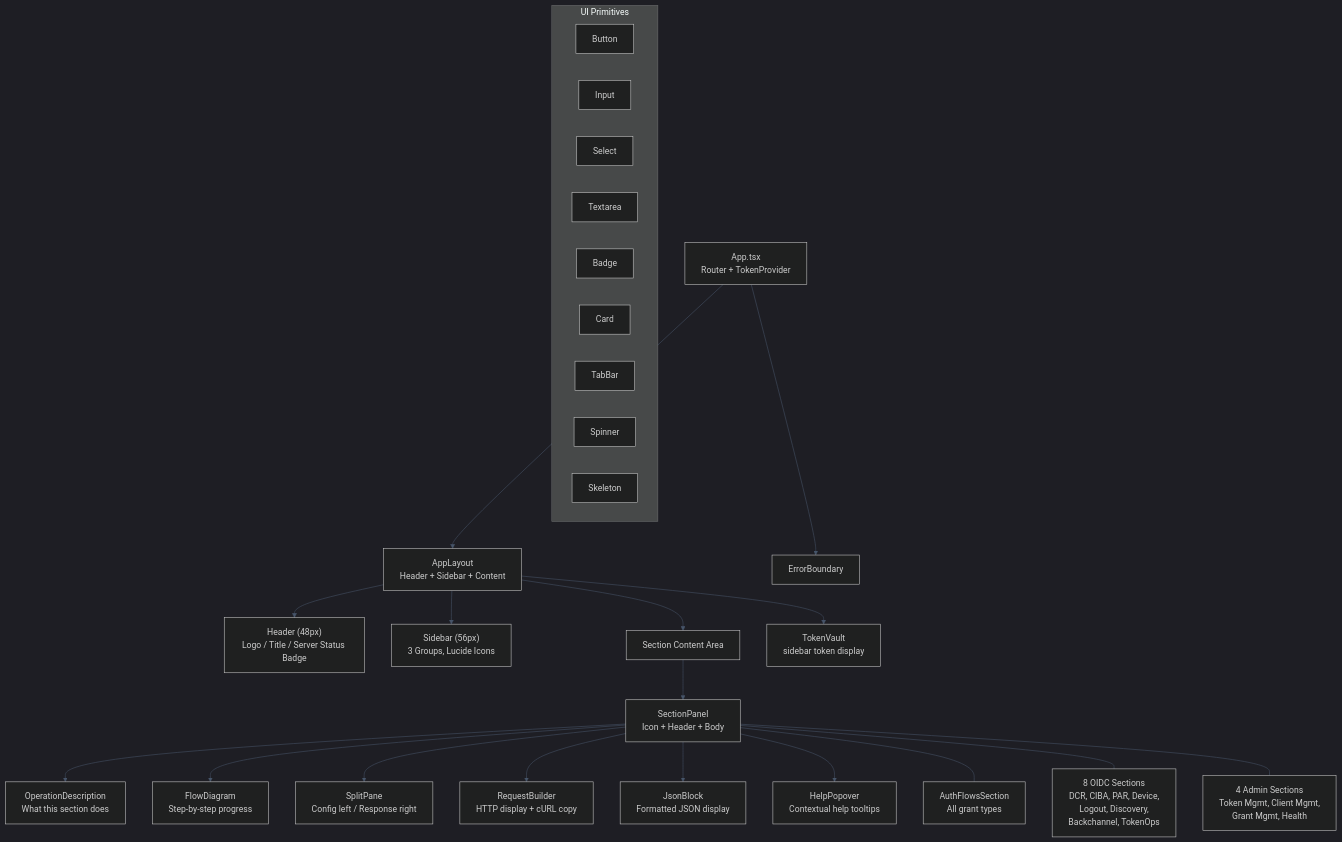
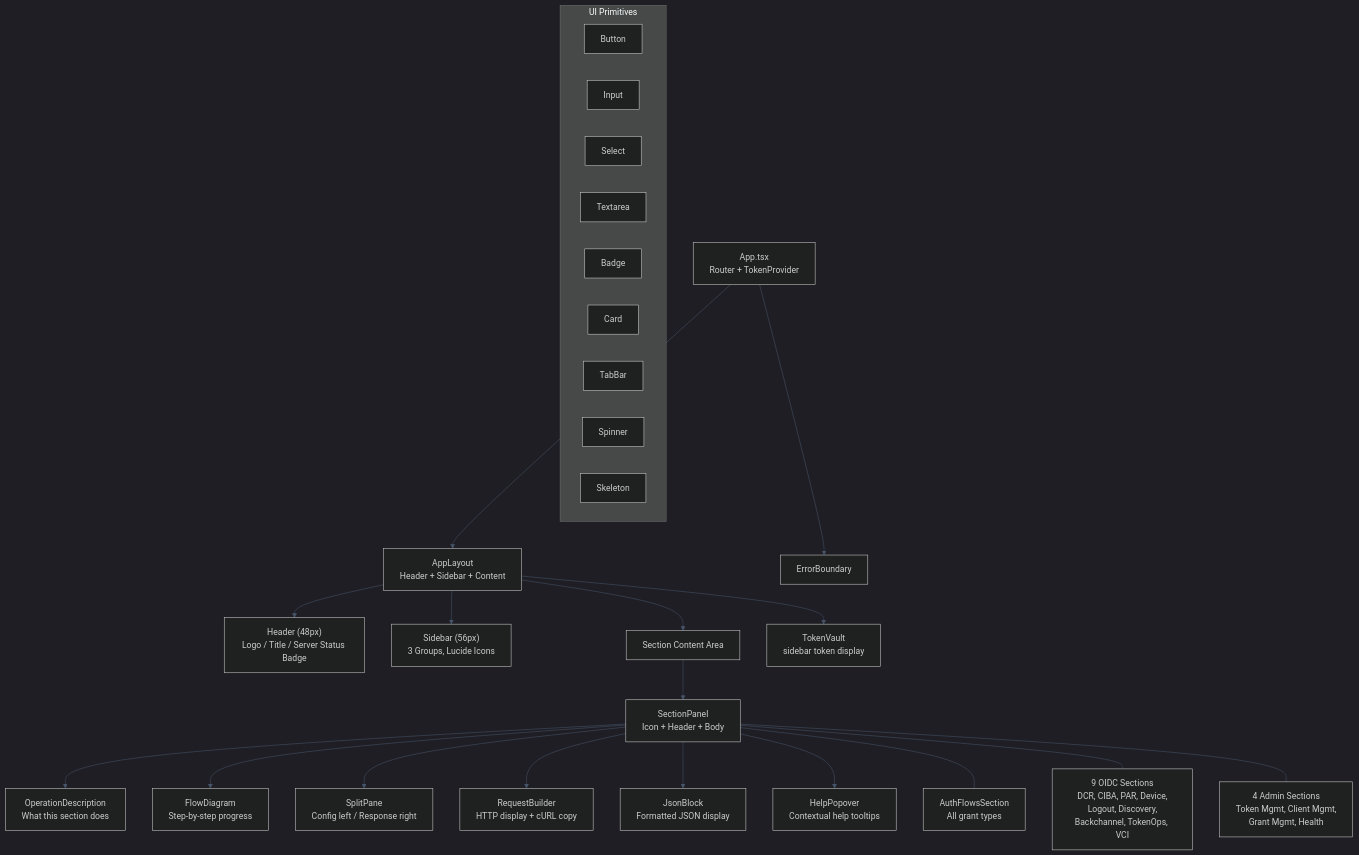
One commit to blackadi/OAUTH2.0 changed the third of 3 diagrams in docs/COMPONENT-REFERENCE.md. Above: the diagram before and after it, drawn with Mermaid. The commit also changed other lines of this file and 29 other files, not shown here.

````diff
--- a/docs/COMPONENT-REFERENCE.md
+++ b/docs/COMPONENT-REFERENCE.md
@@ -191,36 +195,36 @@
 ```mermaid
 %%{init: {'theme': 'dark', 'themeVariables': { 'primaryColor': '#1e293b', 'primaryTextColor': '#e2e8f0', 'primaryBorderColor': '#475569', 'lineColor': '#475569', 'secondaryColor': '#0f172a', 'tertiaryColor': '#334155', 'fontFamily': 'Inter'}}}%%
 flowchart TB
     APP["App.tsx<br/>Router + TokenProvider"] --> LAYOUT["AppLayout<br/>Header + Sidebar + Content"]
     APP --> ERROR_BOUNDARY["ErrorBoundary"]
     
     LAYOUT --> HEADER["Header (48px)<br/>Logo / Title / Server Status Badge"]
     LAYOUT --> SIDEBAR["Sidebar (56px)<br/>3 Groups, Lucide Icons"]
     LAYOUT --> CONTENT["Section Content Area"]
     LAYOUT --> TOKEN_VAULT["TokenVault<br/>sidebar token display"]
     
     CONTENT --> SECTION_PANEL["SectionPanel<br/>Icon + Header + Body"]
     
     SECTION_PANEL --> OPERATION_DESC["OperationDescription<br/>What this section does"]
     SECTION_PANEL --> FLOW_DIAGRAM["FlowDiagram<br/>Step-by-step progress"]
     SECTION_PANEL --> SPLIT_PANE["SplitPane<br/>Config left / Response right"]
     SECTION_PANEL --> REQUEST_BUILDER["RequestBuilder<br/>HTTP display + cURL copy"]
     SECTION_PANEL --> JSON_BLOCK["JsonBlock<br/>Formatted JSON display"]
     SECTION_PANEL --> HELP_POPOVER["HelpPopover<br/>Contextual help tooltips"]
     
     SECTION_PANEL --- AUTH_SECTION["AuthFlowsSection<br/>All grant types"]
-    SECTION_PANEL --- OIDC_SECTIONS["8 OIDC Sections<br/>DCR, CIBA, PAR, Device,<br/>Logout, Discovery,<br/>Backchannel, TokenOps"]
+    SECTION_PANEL --- OIDC_SECTIONS["9 OIDC Sections<br/>DCR, CIBA, PAR, Device,<br/>Logout, Discovery,<br/>Backchannel, TokenOps, VCI"]
     SECTION_PANEL --- ADMIN_SECTIONS["4 Admin Sections<br/>Token Mgmt, Client Mgmt,<br/>Grant Mgmt, Health"]
     
     subgraph UI_Components["UI Primitives"]
         BTN["Button"]
         INPUT["Input"]
         SELECT["Select"]
         TEXTAREA["Textarea"]
         BADGE["Badge"]
         CARD["Card"]
         TAB_BAR["TabBar"]
         SPINNER["Spinner"]
         SKELETON["Skeleton"]
     end
 ```
````
